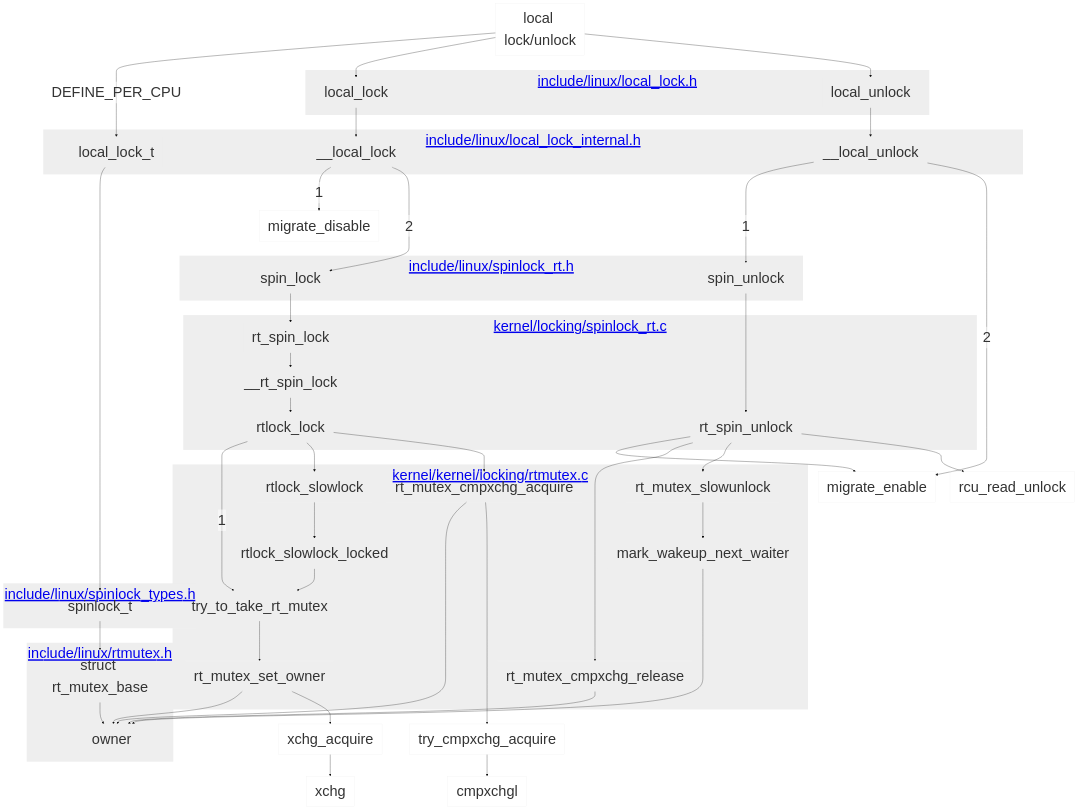
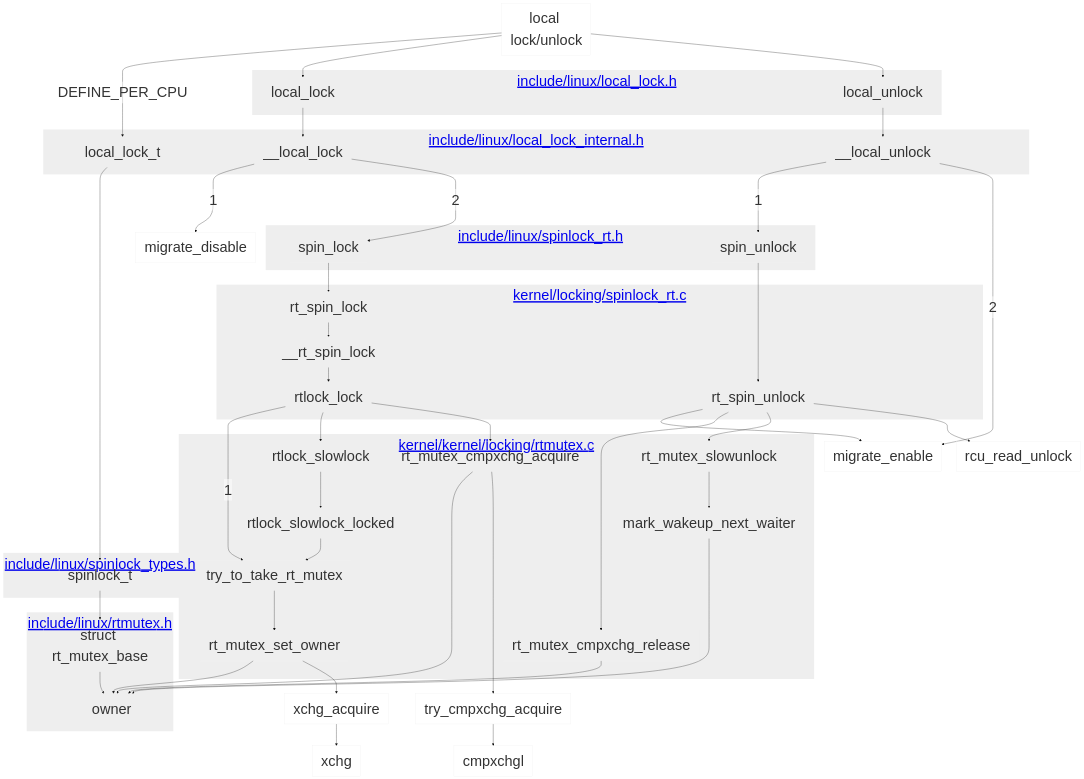
The second of 2 diagrams in rt-locks.md (makelinux/linux_kernel_map), drawn with Mermaid before and after one commit.

Commit message:
Update rt-locks.md
*__local_lock

````diff
--- a/rt-locks.md
+++ b/rt-locks.md
@@ -59,69 +59,69 @@
 ```mermaid
 %%{
 	init: {
 		'theme': 'base',
 		'themeVariables': {
         		'primaryColor': '#fff0',
         		'primaryBorderColor': '#eeef',
 			'clusterBkg': '#eeef',
 			'fontSize':'50px'
 		}
 	}
 }%%
 graph TB
 local["local lock/unlock"] -->|DEFINE_PER_CPU| local_lock_t
 local --> local_lock & local_unlock
 local_lock_t ----> spinlock_t
 subgraph "<a href=https://elixir.bootlin.com/linux/latest/source/include/linux/rtmutex.h>include/linux/rtmutex.h</a>"
 rt_mutex_base["struct rt_mutex_base"] --> owner
 end
 
 subgraph "<a href=https://elixir.bootlin.com/linux/latest/source/include/linux/spinlock_types.h>include/linux/spinlock_types.h</a>"
 spinlock_t --> rt_mutex_base
 end
 
 subgraph "<a href=https://elixir.bootlin.com/linux/latest/source/include/linux/local_lock.h>include/linux/local_lock.h</a>"
 local_lock
 local_unlock
 end
 subgraph "<a href=https://elixir.bootlin.com/linux/latest/source/include/linux/local_lock_internal.h>include/linux/local_lock_internal.h</a>"
 local_lock_t
 __local_lock
 __local_unlock
 end
 subgraph "<a href=https://elixir.bootlin.com/linux/latest/source/include/linux/spinlock_rt.h>include/linux/spinlock_rt.h</a>"
 %% spin_lock_irqsave --> spin_lock
 spin_lock
 spin_unlock
 %% spin_unlock_irqrestore
 end
 subgraph "<a href=https://elixir.bootlin.com/linux/latest/source/kernel/locking/spinlock_rt.c>kernel/locking/spinlock_rt.c</a>"
 rt_spin_lock --> __rt_spin_lock --> rtlock_lock
 %% spin_unlock_irqrestore --> rt_spin_unlock
 rt_spin_unlock
 end
-local_lock --> __local_lock -->|1| migrate_disable
-__local_lock --->|2| spin_lock --> rt_spin_lock
+local_lock --> __local_lock --->|1| migrate_disable
+__local_lock -->|2| spin_lock --> rt_spin_lock
 rtlock_lock -->|1| try_to_take_rt_mutex
 
 subgraph "<a href=https://elixir.bootlin.com/linux/latest/source/kernel/kernel/locking/rtmutex.c>kernel/kernel/locking/rtmutex.c</a>"
 rtlock_lock --> rtlock_slowlock --> rtlock_slowlock_locked
 --> try_to_take_rt_mutex --> rt_mutex_set_owner
 rtlock_lock --> rt_mutex_cmpxchg_acquire
 rt_mutex_cmpxchg_release
 rt_mutex_slowunlock --> mark_wakeup_next_waiter --> owner
 end
 rt_mutex_cmpxchg_acquire --> owner
 rt_mutex_cmpxchg_acquire -----> try_cmpxchg_acquire --> cmpxchgl
 
 rt_mutex_set_owner --> owner
 rt_mutex_set_owner --> xchg_acquire -->xchg
 
 local_unlock --> __local_unlock --->|1| spin_unlock
 __local_unlock -->|2| migrate_enable
 spin_unlock ---> rt_spin_unlock
 --> migrate_enable & rt_mutex_cmpxchg_release & rt_mutex_slowunlock
 rt_mutex_cmpxchg_release --> owner
 rt_spin_unlock --> rcu_read_unlock
 local_lock_t ~~~ spin_lock
 ```
````
